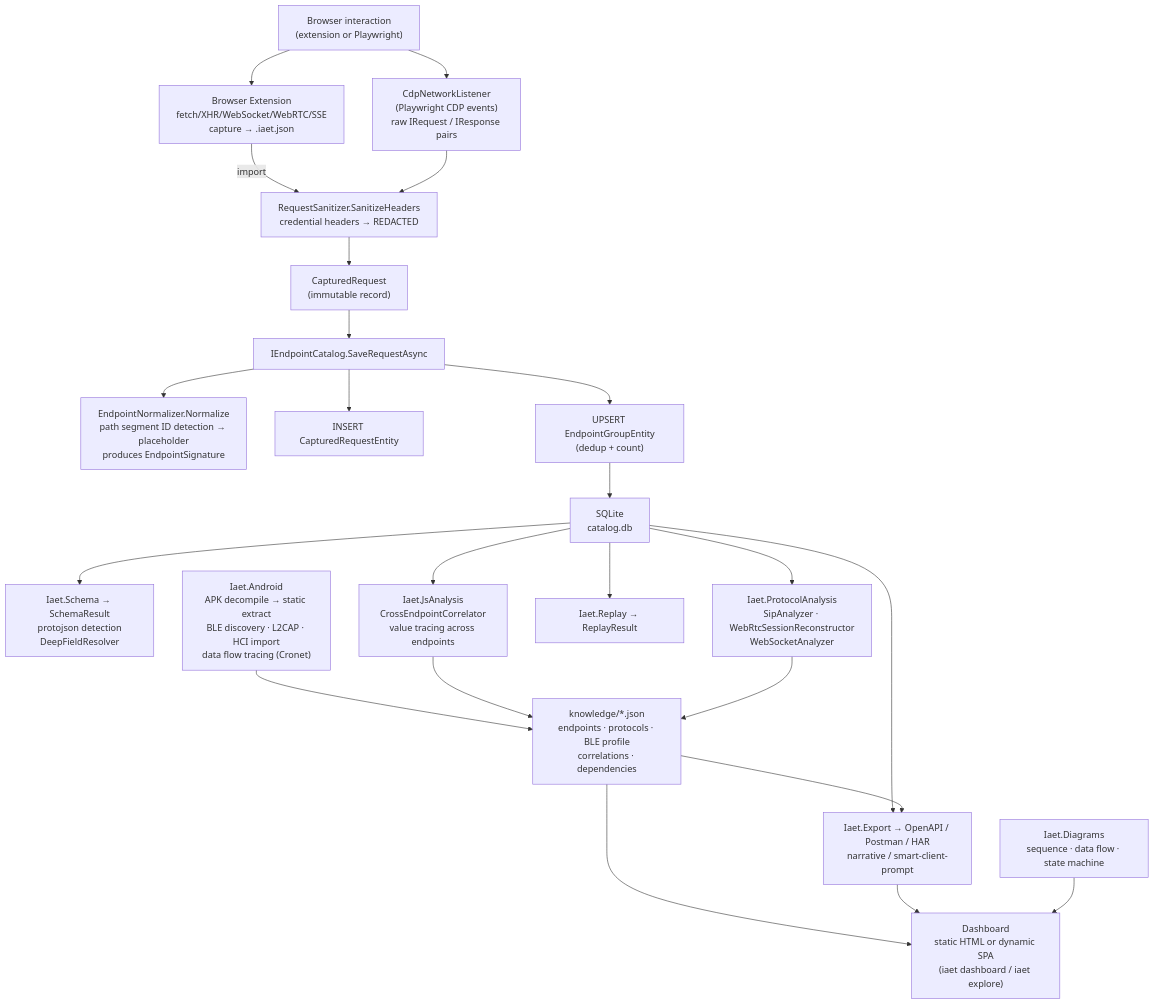
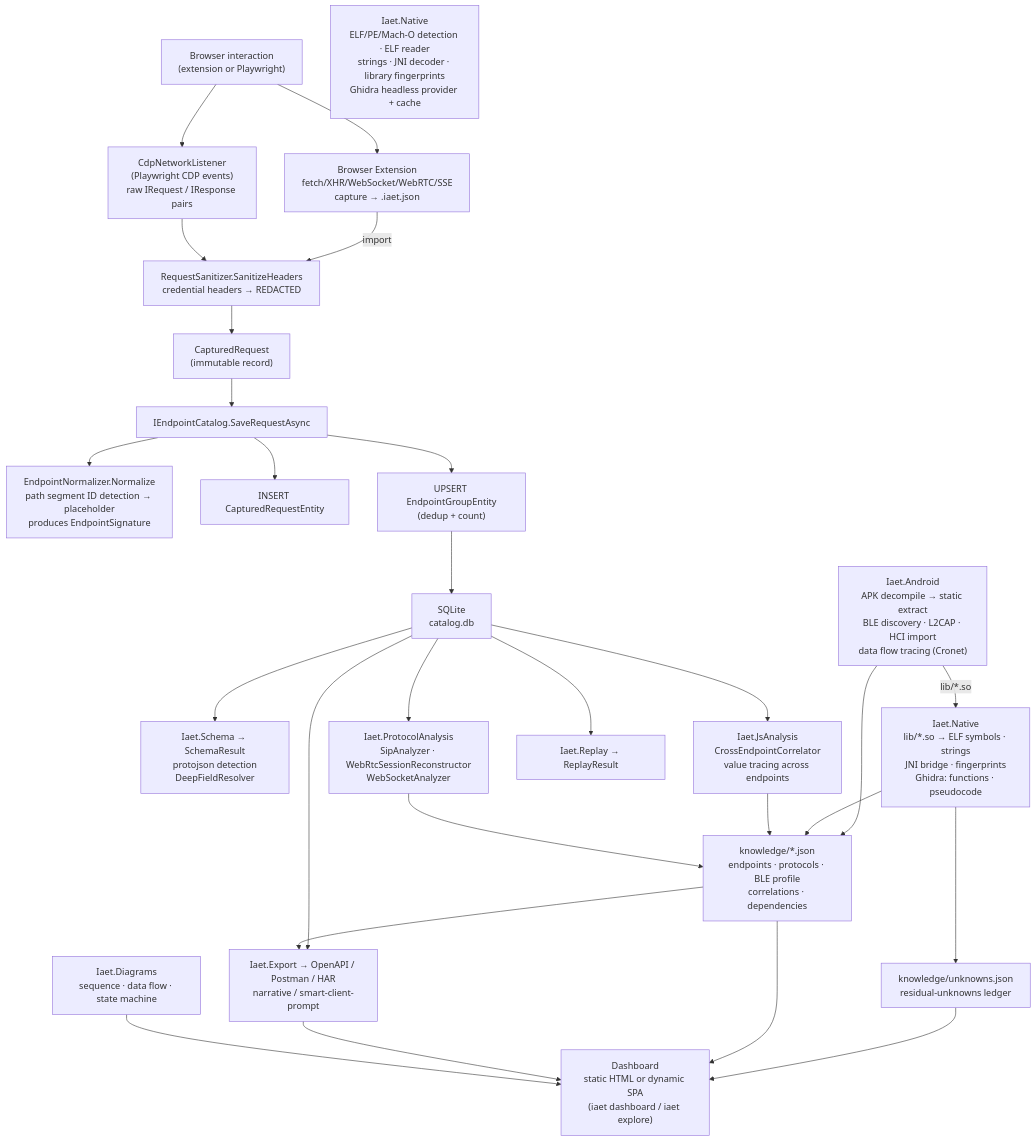
Before and after one commit to mmackelprang/IAET: the second of 2 diagrams in docs/architecture.md, drawn with Mermaid. The commit also changed other lines of this file and 50 other files, not shown here.

First line of the commit message:
feat: native binary analysis, evidence contract, and iaet doctor (#36)

```diff
--- a/docs/architecture.md
+++ b/docs/architecture.md
@@ -114,6 +120,10 @@
     Schema["Iaet.Schema → SchemaResult
 protojson detection
 DeepFieldResolver"]
+    Native["Iaet.Native
+ELF/PE/Mach-O detection · ELF reader
+strings · JNI decoder · library fingerprints
+Ghidra headless provider + cache"]
     JsAnalysis["Iaet.JsAnalysis
 CrossEndpointCorrelator
 value tracing across endpoints"]
@@ -127,6 +137,12 @@
 APK decompile → static extract
 BLE discovery · L2CAP · HCI import
 data flow tracing (Cronet)"]
+    NativeAnalysis["Iaet.Native
+lib/*.so → ELF symbols · strings
+JNI bridge · fingerprints
+Ghidra: functions · pseudocode"]
+    Unknowns["knowledge/unknowns.json
+residual-unknowns ledger"]
     Knowledge["knowledge/*.json
 endpoints · protocols · BLE profile
 correlations · dependencies"]
@@ -152,6 +168,10 @@
     SQLite --> Replay
     SQLite --> Export
     ApkAnalysis --> Knowledge
+    ApkAnalysis -->|lib/*.so| NativeAnalysis
+    NativeAnalysis --> Knowledge
+    NativeAnalysis --> Unknowns
+    Unknowns --> Dashboard
     JsAnalysis --> Knowledge
     Protocol --> Knowledge
     Knowledge --> Export
```
